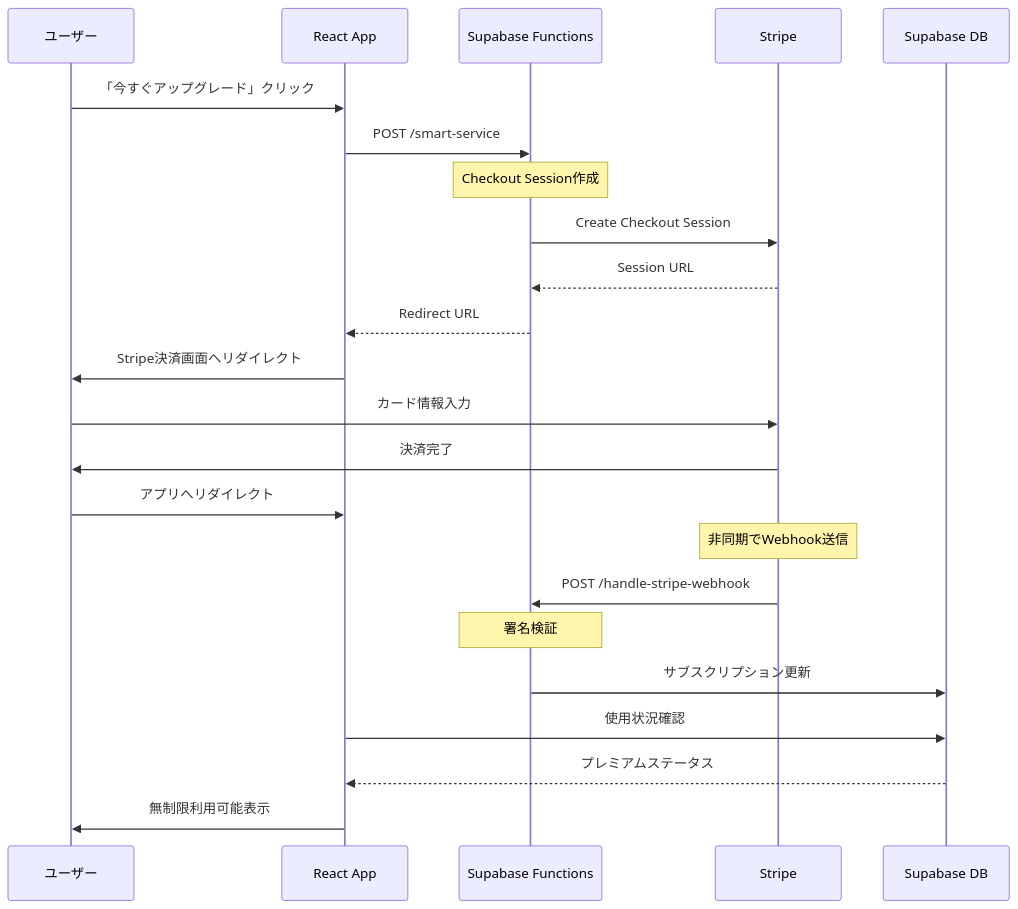
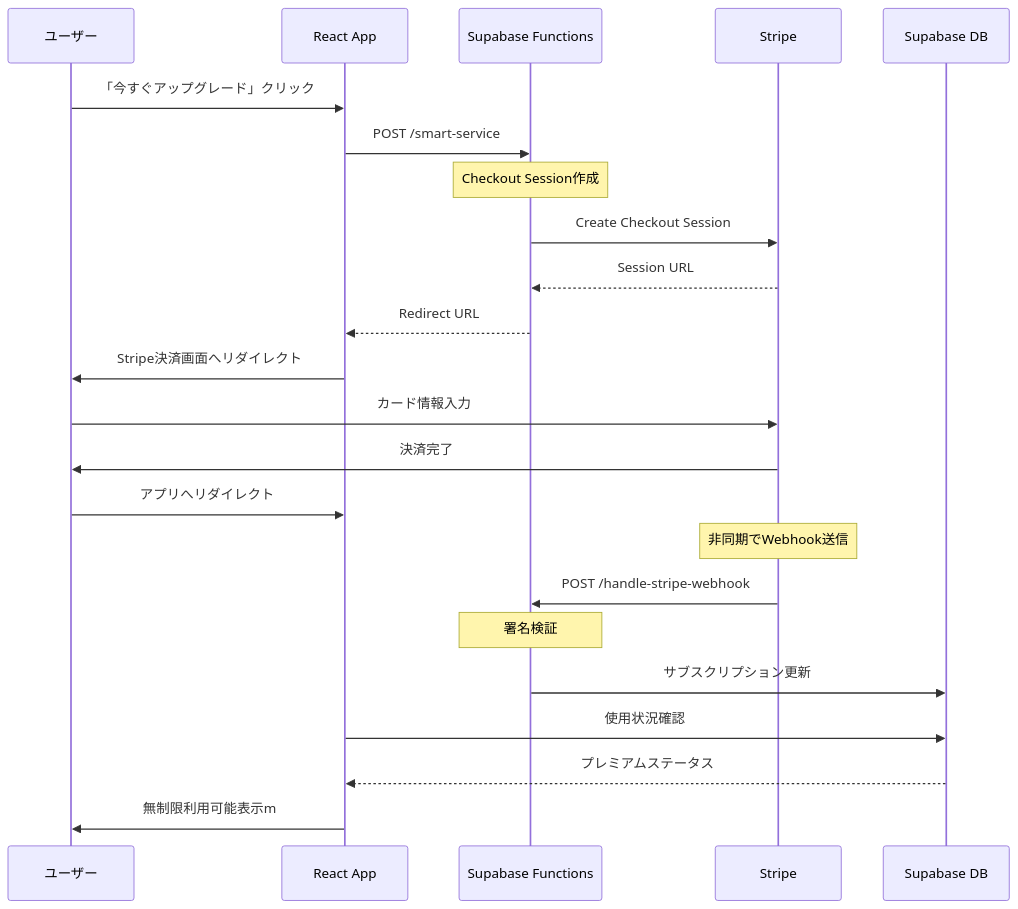
One commit to startup-test-test/real-estate-app changed the second of 8 diagrams in docs_md/11_stripe_有料課金/システムアーキテクチャ図.md. Above: the diagram before and after it, drawn with Mermaid. The commit also changed 5 other files, not shown here.

````diff
--- a/docs_md/11_stripe_有料課金/システムアーキテクチャ図.md
+++ b/docs_md/11_stripe_有料課金/システムアーキテクチャ図.md
@@ -54,29 +54,29 @@
 ```mermaid
 sequenceDiagram
     participant User as ユーザー
     participant App as React App
     participant SF as Supabase Functions
     participant Stripe as Stripe
     participant DB as Supabase DB
 
     User->>App: 「今すぐアップグレード」クリック
     App->>SF: POST /smart-service
     Note over SF: Checkout Session作成
     SF->>Stripe: Create Checkout Session
     Stripe-->>SF: Session URL
     SF-->>App: Redirect URL
     App->>User: Stripe決済画面へリダイレクト
     
     User->>Stripe: カード情報入力
     Stripe->>User: 決済完了
     User->>App: アプリへリダイレクト
     
     Note over Stripe: 非同期でWebhook送信
     Stripe->>SF: POST /handle-stripe-webhook
     Note over SF: 署名検証
     SF->>DB: サブスクリプション更新
     
     App->>DB: 使用状況確認
     DB-->>App: プレミアムステータス
-    App->>User: 無制限利用可能表示
+    App->>User: 無制限利用可能表示m
 ```
````
